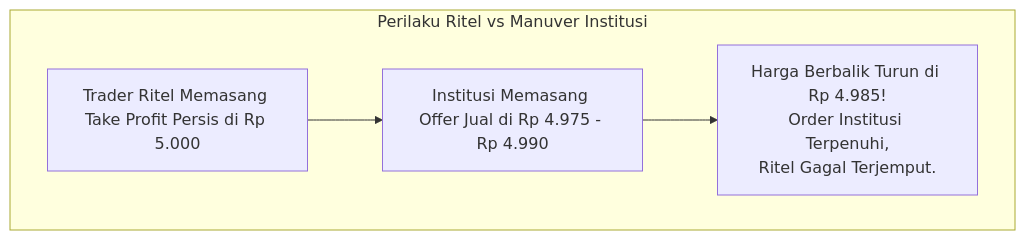
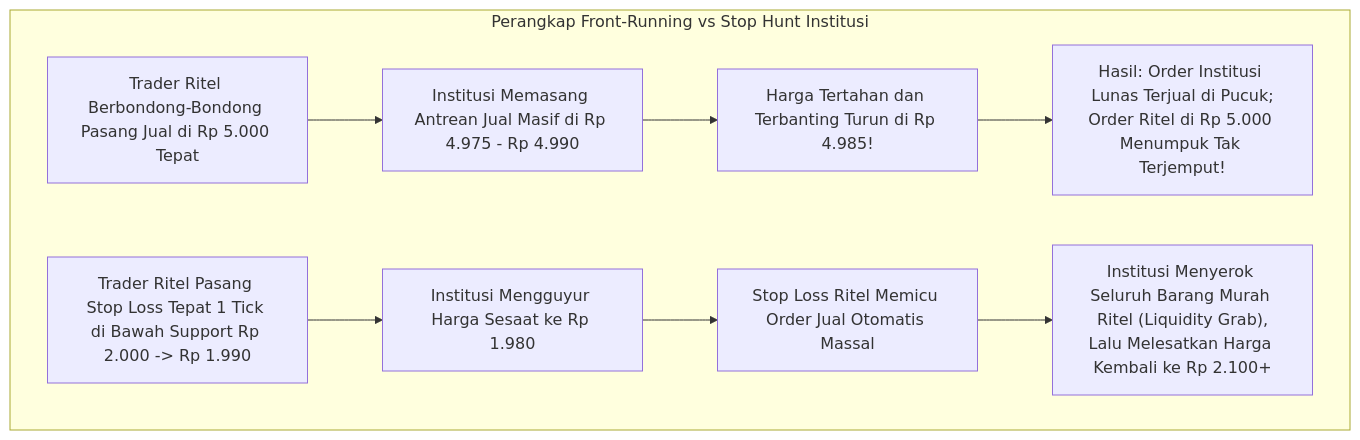
Before and after one commit to AlulCode45/Trading-Learning-Path: the second of 2 diagrams in docs/edianto-ong/08-angka-psikologi.md, drawn with Mermaid. The commit also changed other lines of this file and 29 other files, not shown here.

Commit message:
docs(edianto-ong): upgrade all 29 chapters with beginner analogies, diagrams, step-by-step guides, and case studies

````diff
--- a/docs/edianto-ong/08-angka-psikologi.md
+++ b/docs/edianto-ong/08-angka-psikologi.md
@@ -47,9 +80,12 @@
 ```mermaid
 flowchart TD
-    subgraph "Perilaku Ritel vs Manuver Institusi"
-        Ritel["Trader Ritel Memasang Take Profit Persis di Rp 5.000"]
-        Institusi["Institusi Memasang Offer Jual di Rp 4.975 - Rp 4.990"]
-        Eksekusi["Harga Berbalik Turun di Rp 4.985!<br/>Order Institusi Terpenuhi,<br/>Ritel Gagal Terjemput."]
-        Ritel --> Institusi --> Eksekusi
+    subgraph "Perangkap Front-Running vs Stop Hunt Institusi"
+        A[Trader Ritel Berbondong-Bondong Pasang Jual di Rp 5.000 Tepat] --> B[Institusi Memasang Antrean Jual Masif di Rp 4.975 - Rp 4.990]
+        B --> C[Harga Tertahan dan Terbanting Turun di Rp 4.985!]
+        C --> D["Hasil: Order Institusi Lunas Terjual di Pucuk;<br/>Order Ritel di Rp 5.000 Menumpuk Tak Terjemput!"]
+        
+        E[Trader Ritel Pasang Stop Loss Tepat 1 Tick di Bawah Support Rp 2.000 -> Rp 1.990] --> F[Institusi Mengguyur Harga Sesaat ke Rp 1.980]
+        F --> G[Stop Loss Ritel Memicu Order Jual Otomatis Massal]
+        G --> H["Institusi Menyerok Seluruh Barang Murah Ritel (Liquidity Grab),<br/>Lalu Melesatkan Harga Kembali ke Rp 2.100+"]
     end
 ```
````
